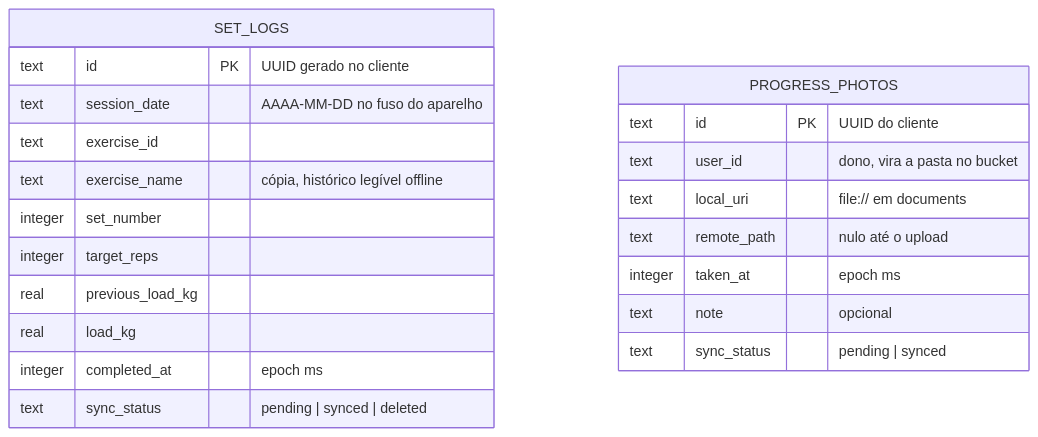
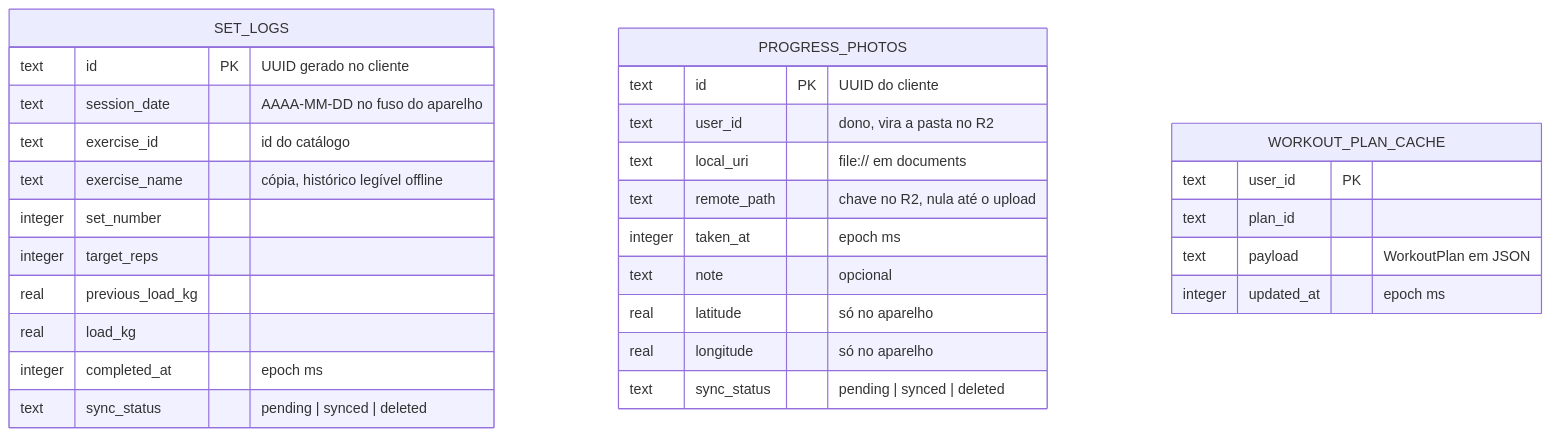
The fourth of 5 diagrams in docs/03-classes-e-dados.md (Pexiss-18/PX-Gym), drawn with Mermaid before and after one commit. The commit also changed other lines of this file and 20 other files, not shown here.

````diff
--- a/docs/03-classes-e-dados.md
+++ b/docs/03-classes-e-dados.md
@@ -216,24 +484,32 @@
 ```mermaid
 erDiagram
     SET_LOGS {
         text id PK "UUID gerado no cliente"
         text session_date "AAAA-MM-DD no fuso do aparelho"
-        text exercise_id
+        text exercise_id "id do catálogo"
         text exercise_name "cópia, histórico legível offline"
         integer set_number
         integer target_reps
         real previous_load_kg
         real load_kg
         integer completed_at "epoch ms"
         text sync_status "pending | synced | deleted"
     }
     PROGRESS_PHOTOS {
         text id PK "UUID do cliente"
-        text user_id "dono, vira a pasta no bucket"
+        text user_id "dono, vira a pasta no R2"
         text local_uri "file:// em documents"
-        text remote_path "nulo até o upload"
+        text remote_path "chave no R2, nula até o upload"
         integer taken_at "epoch ms"
         text note "opcional"
-        text sync_status "pending | synced"
+        real latitude "só no aparelho"
+        real longitude "só no aparelho"
+        text sync_status "pending | synced | deleted"
+    }
+    WORKOUT_PLAN_CACHE {
+        text user_id PK
+        text plan_id
+        text payload "WorkoutPlan em JSON"
+        integer updated_at "epoch ms"
     }
 ```
````
